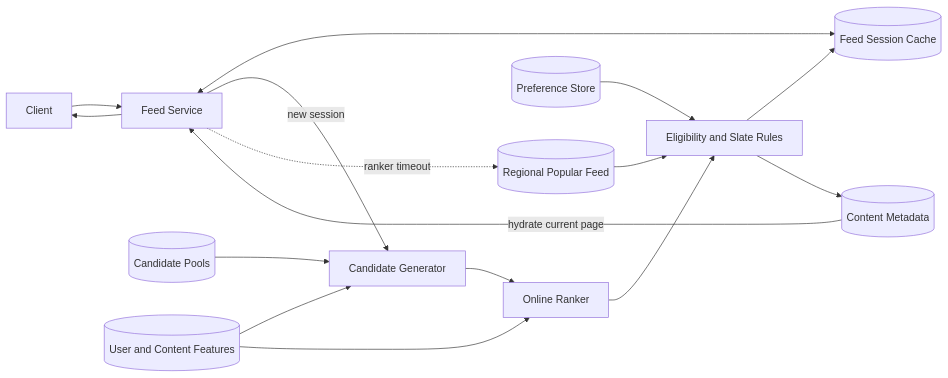
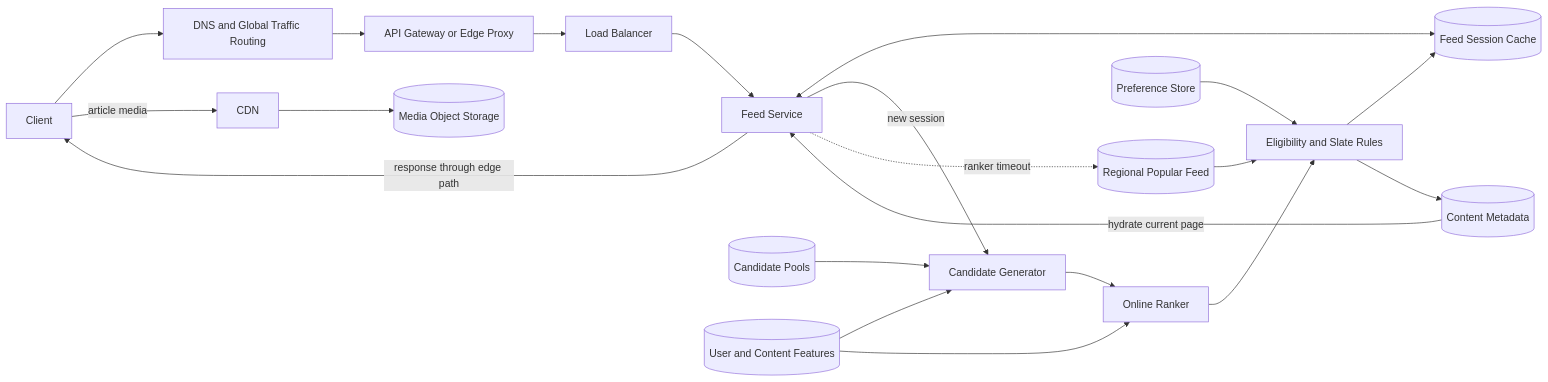
One commit to shiiyan/learn-system-design changed the second of 3 diagrams in personalized-news-feed-interview-quick-reference.md. Above: the diagram before and after it, drawn with Mermaid. The commit also changed other lines of this file, not shown here.

Commit message:
Add client edge path reference to feed serving

````diff
--- a/personalized-news-feed-interview-quick-reference.md
+++ b/personalized-news-feed-interview-quick-reference.md
@@ -172,18 +172,23 @@
 ```mermaid
 flowchart LR
-    Client --> Feed[Feed Service]
+    Client --> DNS[DNS and Global Traffic Routing]
+    DNS --> Edge[API Gateway or Edge Proxy]
+    Edge --> LB[Load Balancer]
+    LB --> Feed[Feed Service]
     Feed <--> Session[(Feed Session Cache)]
     Feed -->|new session| Generator[Candidate Generator]
     Pools[(Candidate Pools)] --> Generator
     Features[(User and Content Features)] --> Generator
     Generator --> Ranker[Online Ranker]
     Features --> Ranker
     Ranker --> Rules[Eligibility and Slate Rules]
     Preferences[(Preference Store)] --> Rules
     Rules --> Session
     Rules --> Metadata[(Content Metadata)]
     Metadata -->|hydrate current page| Feed
-    Feed --> Client
+    Feed -->|response through edge path| Client
     Feed -. ranker timeout .-> Popular[(Regional Popular Feed)]
     Popular --> Rules
+    Client -->|article media| CDN[CDN]
+    CDN --> Media[(Media Object Storage)]
 ```
````
